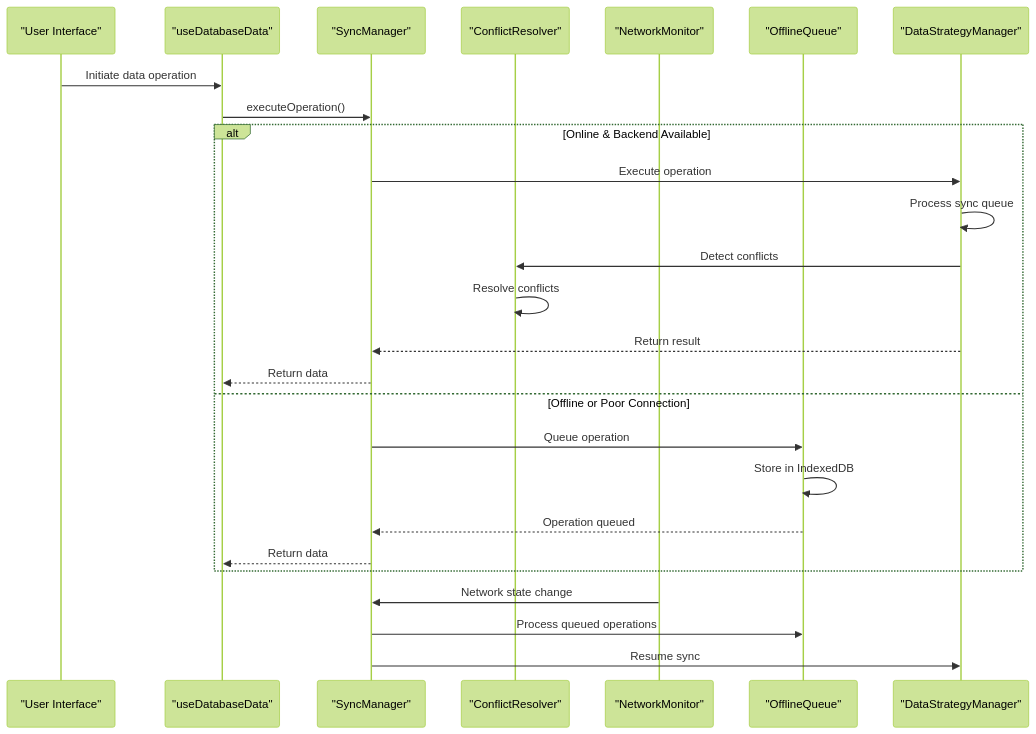
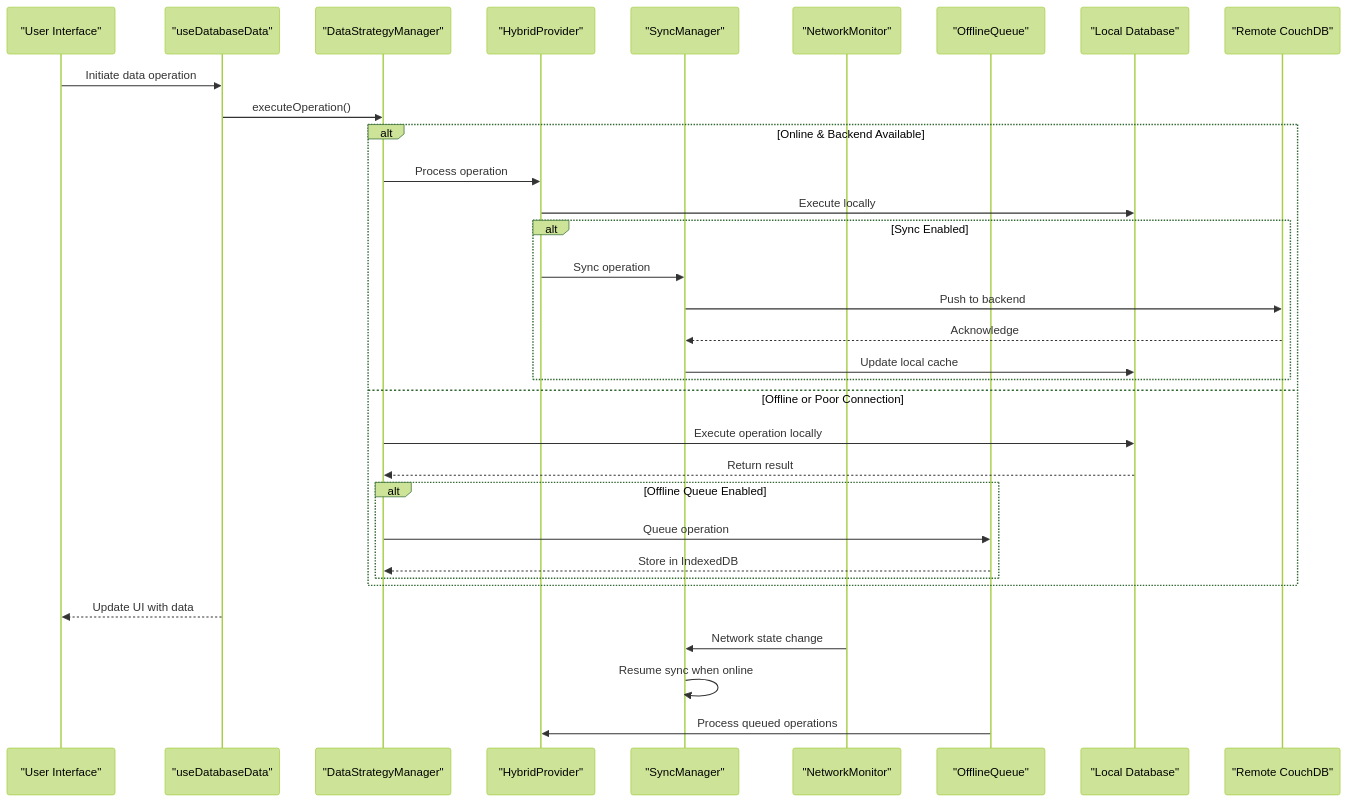
The eighth of 18 diagrams in .qoder/repowiki/en/content/Architecture Overview/Data Management Architecture/Data Synchronization Workflow/Data Synchronization Workflow.md (geniusdynamics/schoolpilot), drawn with Mermaid (forest theme) before and after one commit. The commit also changed other lines of this file and 19 other files, not shown here.

````diff
--- a/.qoder/repowiki/en/content/Architecture Overview/Data Management Architecture/Data Synchronization Workflow/Data Synchronization Workflow.md
+++ b/.qoder/repowiki/en/content/Architecture Overview/Data Management Architecture/Data Synchronization Workflow/Data Synchronization Workflow.md
@@ -246,28 +420,35 @@
 ```mermaid
 sequenceDiagram
 participant UI as "User Interface"
 participant Hook as "useDatabaseData"
+participant Strategy as "DataStrategyManager"
+participant HybridProvider as "HybridProvider"
 participant SyncManager as "SyncManager"
-participant ConflictResolver as "ConflictResolver"
 participant NetworkMonitor as "NetworkMonitor"
 participant OfflineQueue as "OfflineQueue"
-participant DataStrategyManager as "DataStrategyManager"
+participant LocalDB as "Local Database"
+participant RemoteDB as "Remote CouchDB"
 UI->>Hook : Initiate data operation
-Hook->>SyncManager : executeOperation()
+Hook->>Strategy : executeOperation()
 alt Online & Backend Available
-SyncManager->>DataStrategyManager : Execute operation
-DataStrategyManager->>DataStrategyManager : Process sync queue
-DataStrategyManager->>ConflictResolver : Detect conflicts
-ConflictResolver->>ConflictResolver : Resolve conflicts
-DataStrategyManager-->>SyncManager : Return result
-SyncManager-->>Hook : Return data
+Strategy->>HybridProvider : Process operation
+HybridProvider->>LocalDB : Execute locally
+alt Sync Enabled
+HybridProvider->>SyncManager : Sync operation
+SyncManager->>RemoteDB : Push to backend
+RemoteDB-->>SyncManager : Acknowledge
+SyncManager->>LocalDB : Update local cache
+end
 else Offline or Poor Connection
-SyncManager->>OfflineQueue : Queue operation
-OfflineQueue->>OfflineQueue : Store in IndexedDB
-OfflineQueue-->>SyncManager : Operation queued
-SyncManager-->>Hook : Return data
+Strategy->>LocalDB : Execute operation locally
+LocalDB-->>Strategy : Return result
+alt Offline Queue Enabled
+Strategy->>OfflineQueue : Queue operation
+OfflineQueue-->>Strategy : Store in IndexedDB
 end
+end
+Hook-->>UI : Update UI with data
 NetworkMonitor->>SyncManager : Network state change
-SyncManager->>OfflineQueue : Process queued operations
-SyncManager->>DataStrategyManager : Resume sync
+SyncManager->>SyncManager : Resume sync when online
+OfflineQueue->>HybridProvider : Process queued operations
 ```
````
